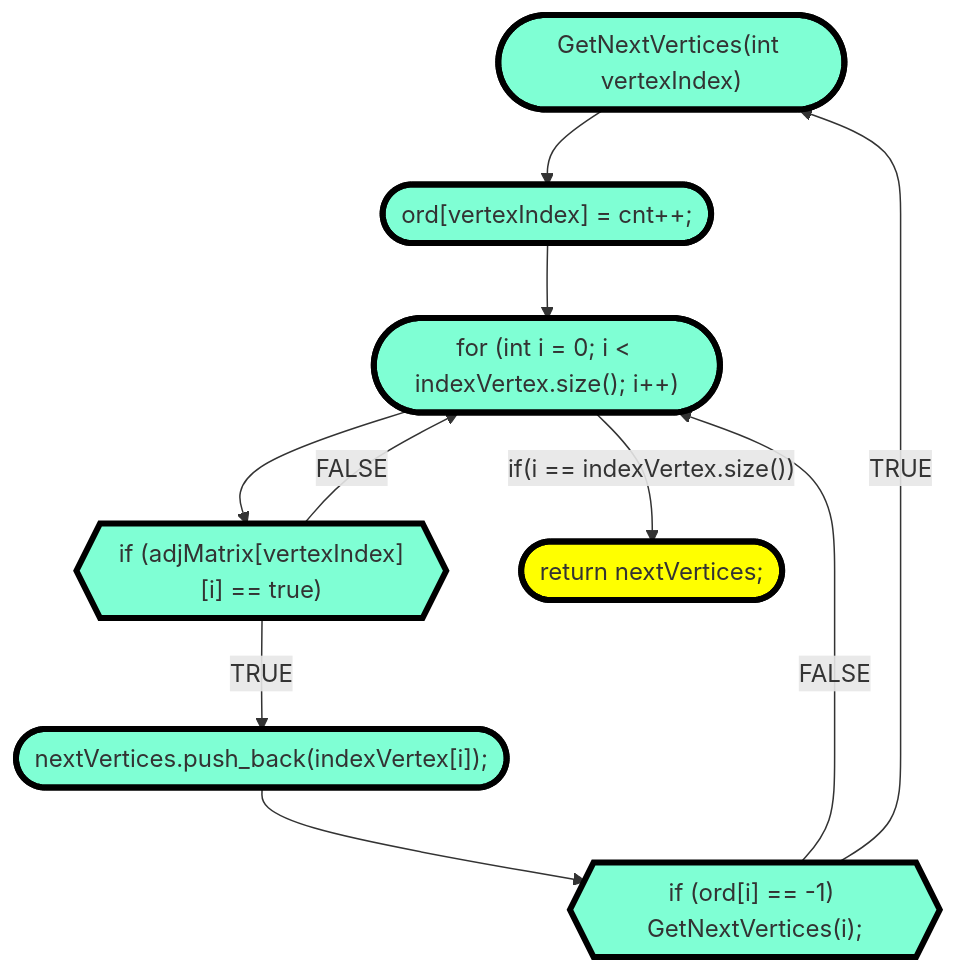
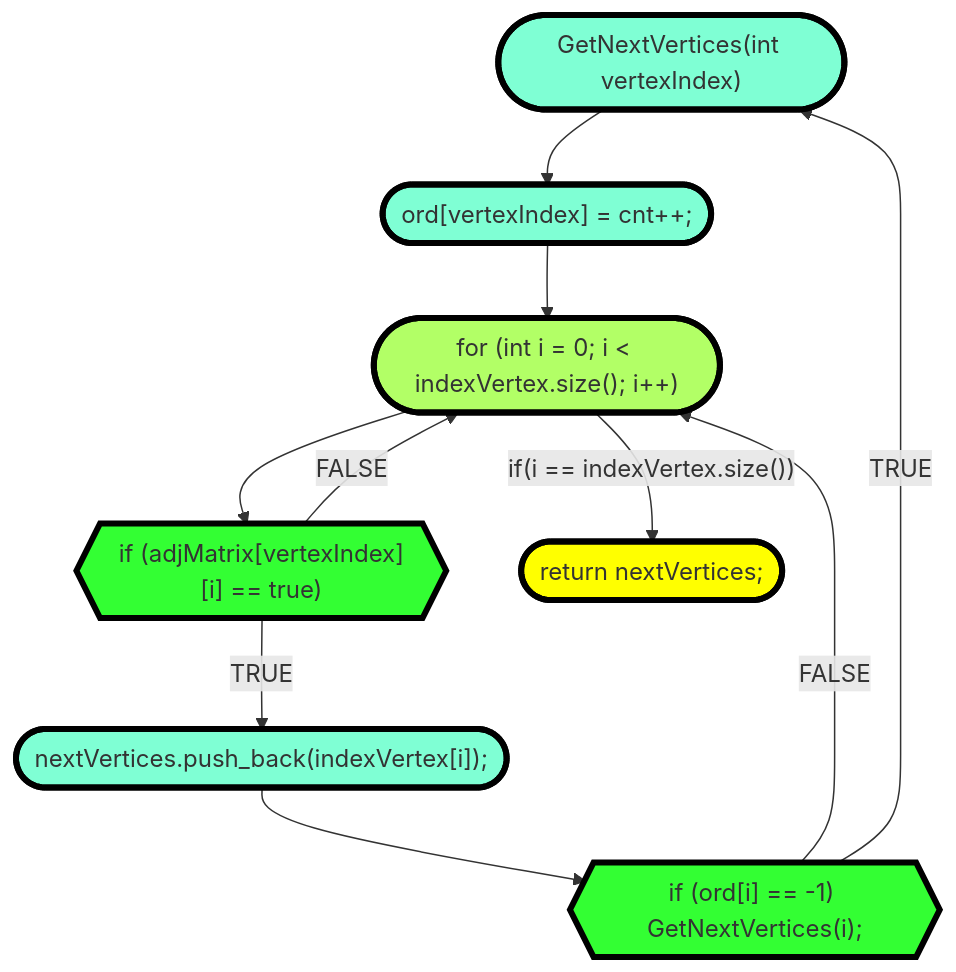
The third of 3 diagrams in README.md (dronows/My_Graph), drawn with Mermaid before and after one commit. The commit also changed other lines of this file, not shown here.

````diff
--- a/README.md
+++ b/README.md
@@ -39,17 +41,19 @@
 ```mermaid
   flowchart TD
    classDef class1 fill:#7FFFD4, stroke:#000, stroke-width:4px
    classDef class2 fill: #FFFF00, stroke:#000, stroke-width:4px
+   classDef class3 fill: #33ff33, stroke:#000, stroke-width:4px
+   classDef class4 fill: #B2ff66, stroke:#000, stroke-width:4px
 A(["GetNextVertices(int vertexIndex)"]):::class1
 B(["ord[vertexIndex] = cnt++;"]):::class1
-C([" for (int i = 0; i < indexVertex.size(); i++)"]):::class1
-D{{"if (adjMatrix[vertexIndex][i] == true) "}}:::class1
+C([" for (int i = 0; i < indexVertex.size(); i++)"]):::class4
+D{{"if (adjMatrix[vertexIndex][i] == true) "}}:::class3
 E([" nextVertices.push_back(indexVertex[i]);"]):::class1
-F{{" if (ord[i] == -1) GetNextVertices(i); "}}:::class1
+F{{" if (ord[i] == -1) GetNextVertices(i); "}}:::class3
 A-->B-->C-->D
 D--TRUE-->E -->F
 D--FALSE-->C
 F -- FALSE -->C
 F --TRUE -->A
 C -- "if(i == indexVertex.size())"-->G(["return nextVertices;"]):::class2
 ```
````
